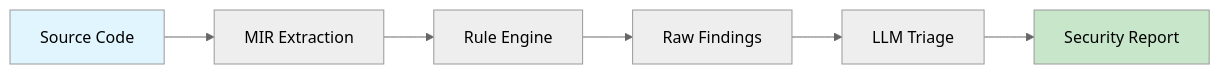
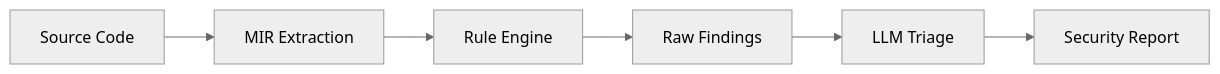
Before and after one commit to Opus-the-penguin/Rust-cola: the first of 2 diagrams in docs/USER_GUIDE.md, drawn with Mermaid (neutral theme). The commit also changed other lines of this file, not shown here.

First line of the commit message:
docs: simplify Mermaid diagrams in USER_GUIDE

````diff
--- a/docs/USER_GUIDE.md
+++ b/docs/USER_GUIDE.md
@@ -24,11 +24,8 @@
 ```mermaid
 flowchart LR
     Source[Source Code] --> MIR[MIR Extraction]
     MIR --> Rules[Rule Engine]
     Rules --> Raw[Raw Findings]
     Raw --> LLM[LLM Triage]
     LLM --> Report[Security Report]
-    
-    style Source fill:#e1f5fe
-    style Report fill:#c8e6c9
 ```
````
